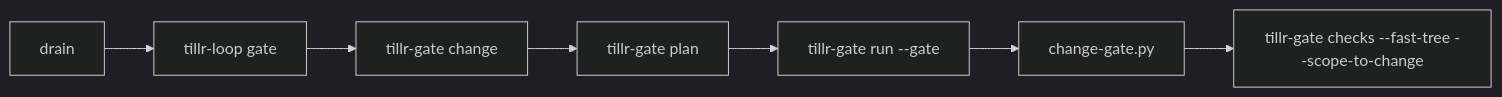
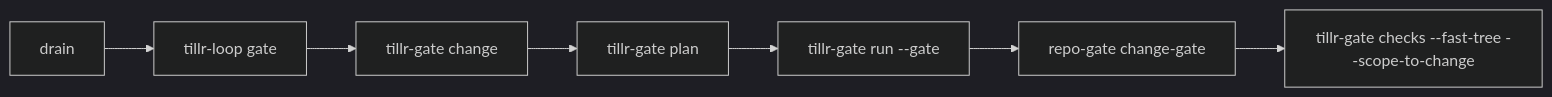
The diagram in docs/reference/gate.md (mschulkind-oss/tillr), drawn with Mermaid (dark theme) before and after one commit. The commit also changed other lines of this file and 92 other files, not shown here.

````diff
--- a/docs/reference/gate.md
+++ b/docs/reference/gate.md
@@ -274,9 +274,9 @@
 ```mermaid
 flowchart LR
     D[drain] --> L["tillr-loop gate"]
     L --> C["tillr-gate change"]
     C --> P["tillr-gate plan"]
     P --> R["tillr-gate run --gate"]
-    R --> G["change-gate.py"]
+    R --> G["repo-gate change-gate"]
     G --> K["tillr-gate checks --fast-tree --scope-to-change"]
 ```
````
